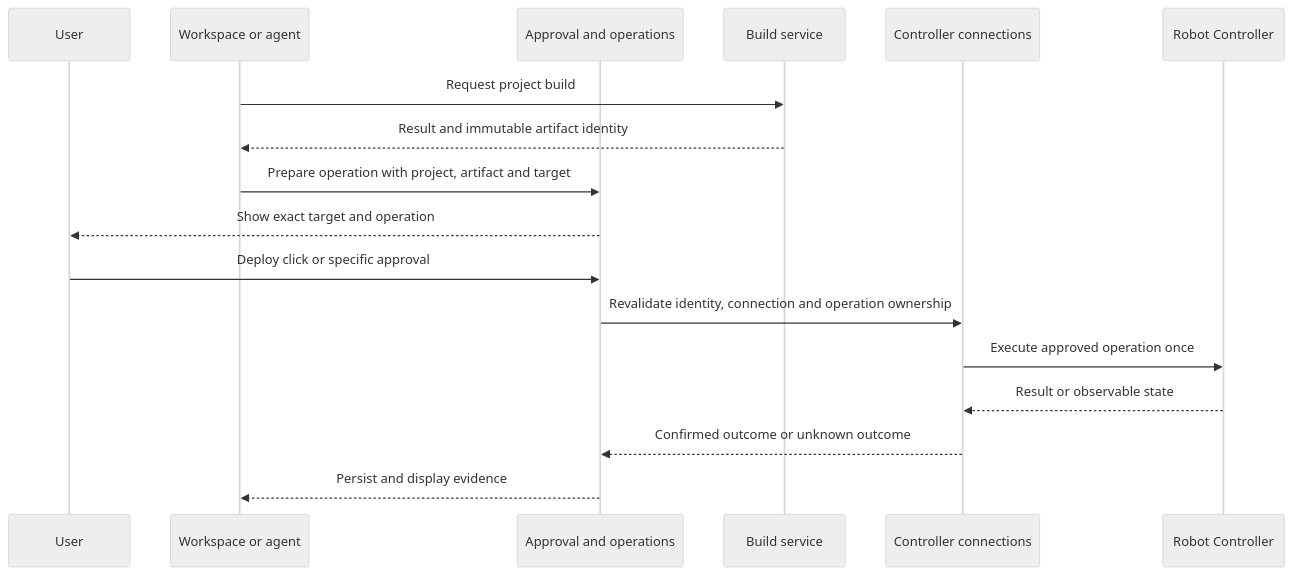
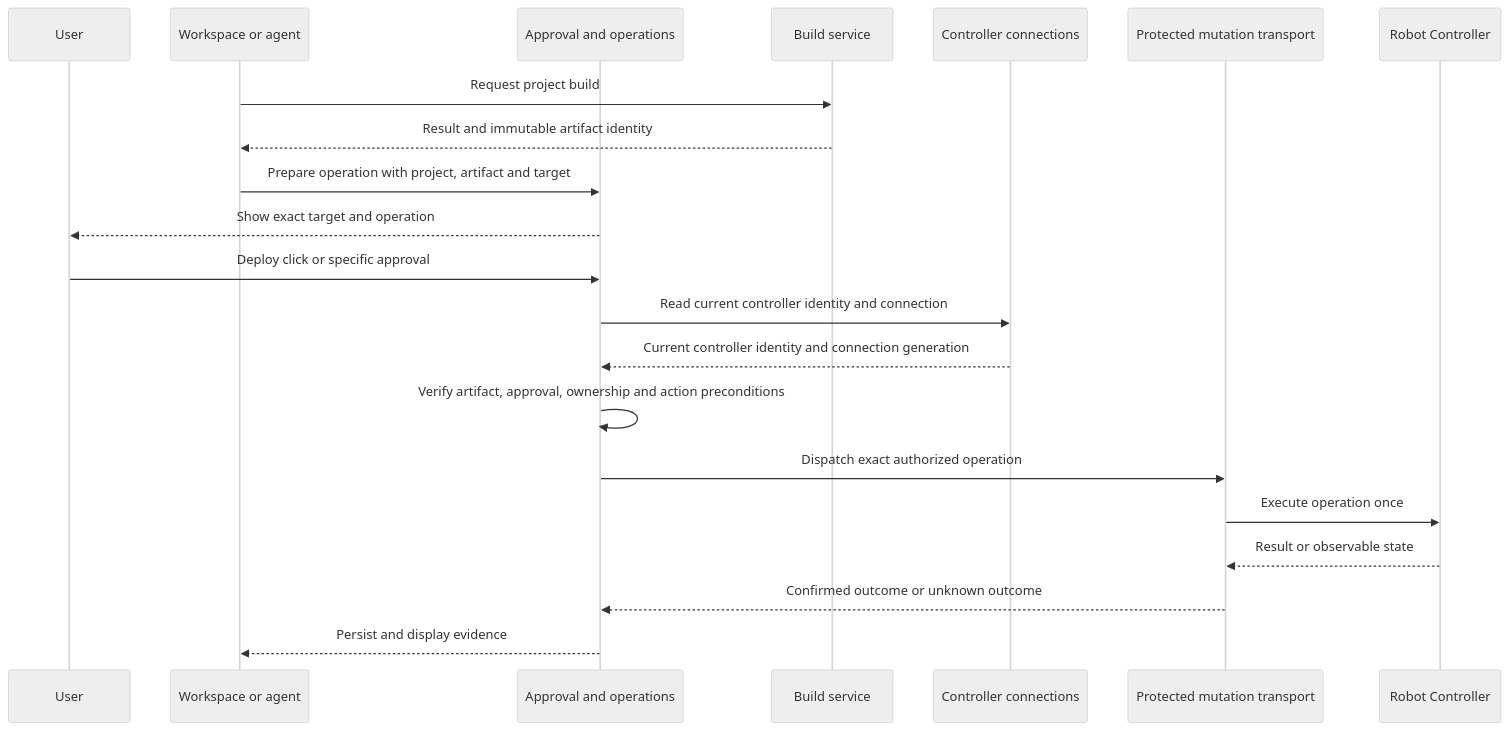
Before and after one commit to Sakzyo/coding_tree: the second of 2 diagrams in docs/high-level-design.md, drawn with Mermaid (neutral theme). The commit also changed other lines of this file, not shown here.

````diff
--- a/docs/high-level-design.md
+++ b/docs/high-level-design.md
@@ -240,19 +286,23 @@
 ```mermaid
 sequenceDiagram
   participant U as User
   participant A as Workspace or agent
   participant O as Approval and operations
   participant B as Build service
   participant C as Controller connections
+  participant T as Protected mutation transport
   participant R as Robot Controller
   A->>B: Request project build
   B-->>A: Result and immutable artifact identity
   A->>O: Prepare operation with project, artifact and target
   O-->>U: Show exact target and operation
   U->>O: Deploy click or specific approval
-  O->>C: Revalidate identity, connection and operation ownership
-  C->>R: Execute approved operation once
-  R-->>C: Result or observable state
-  C-->>O: Confirmed outcome or unknown outcome
+  O->>C: Read current controller identity and connection
+  C-->>O: Current controller identity and connection generation
+  O->>O: Verify artifact, approval, ownership and action preconditions
+  O->>T: Dispatch exact authorized operation
+  T->>R: Execute operation once
+  R-->>T: Result or observable state
+  T-->>O: Confirmed outcome or unknown outcome
   O-->>A: Persist and display evidence
 ```
````
